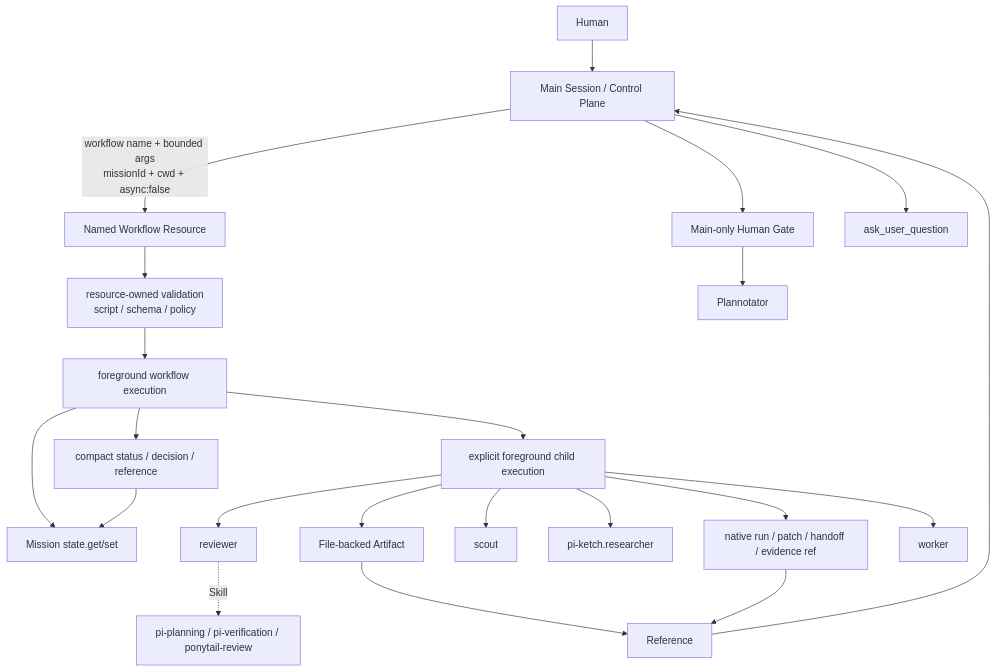
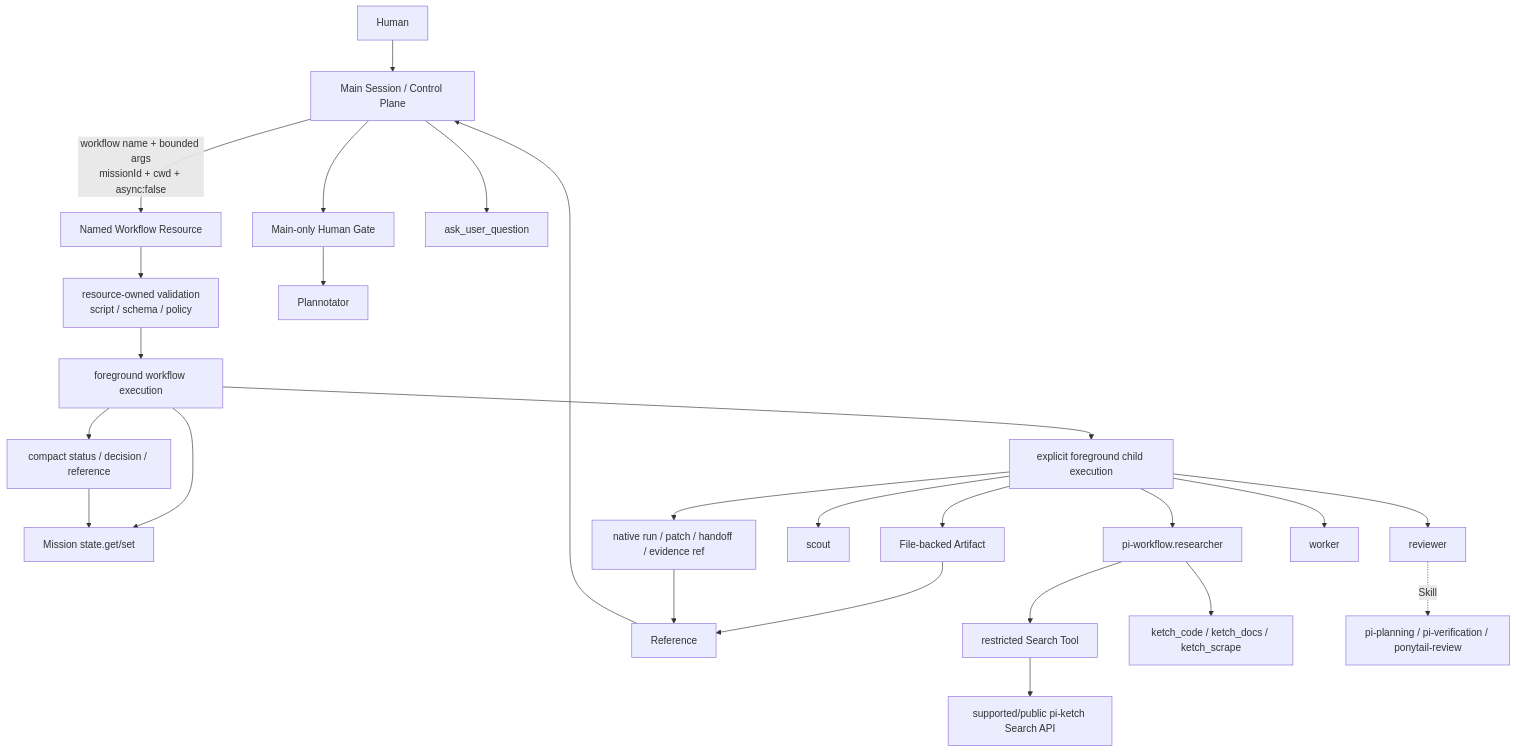
One commit to minorunakamura/pi-workflow changed the first of 2 diagrams in docs/pi-workflow-basic-design.md. Above: the diagram before and after it, drawn with Mermaid. The commit also changed other lines of this file and 2 other files, not shown here.

First line of the commit message:
docs: isolate Research policy from generic pi-ketch

````diff
--- a/docs/pi-workflow-basic-design.md
+++ b/docs/pi-workflow-basic-design.md
@@ -229,29 +231,32 @@
 ```mermaid
 flowchart TD
     H[Human] --> M[Main Session / Control Plane]
 
     M -->|workflow name + bounded args\nmissionId + cwd + async:false| R[Named Workflow Resource]
     R --> RV[resource-owned validation\nscript / schema / policy]
     RV --> W[foreground workflow execution]
 
     W --> S[Mission state.get/set]
     W --> C[explicit foreground child execution]
     C --> A[File-backed Artifact]
     C --> N[native run / patch / handoff / evidence ref]
     W --> K[compact status / decision / reference]
     K --> S
 
     A --> P[Reference]
     N --> P
     P --> M
 
     C --> SC[scout]
-    C --> KR[pi-ketch.researcher]
+    C --> RW[pi-workflow.researcher]
+    RW --> RS[restricted Search Tool]
+    RS --> KSA[supported/public pi-ketch Search API]
+    RW --> KC[ketch_code / ketch_docs / ketch_scrape]
     C --> RVW[reviewer]
     C --> WK[worker]
     RVW -. Skill .-> PL[pi-planning / pi-verification / ponytail-review]
 
     M --> G[Main-only Human Gate]
     G --> PA[Plannotator]
     M --> AQ[ask_user_question]
 ```
````
